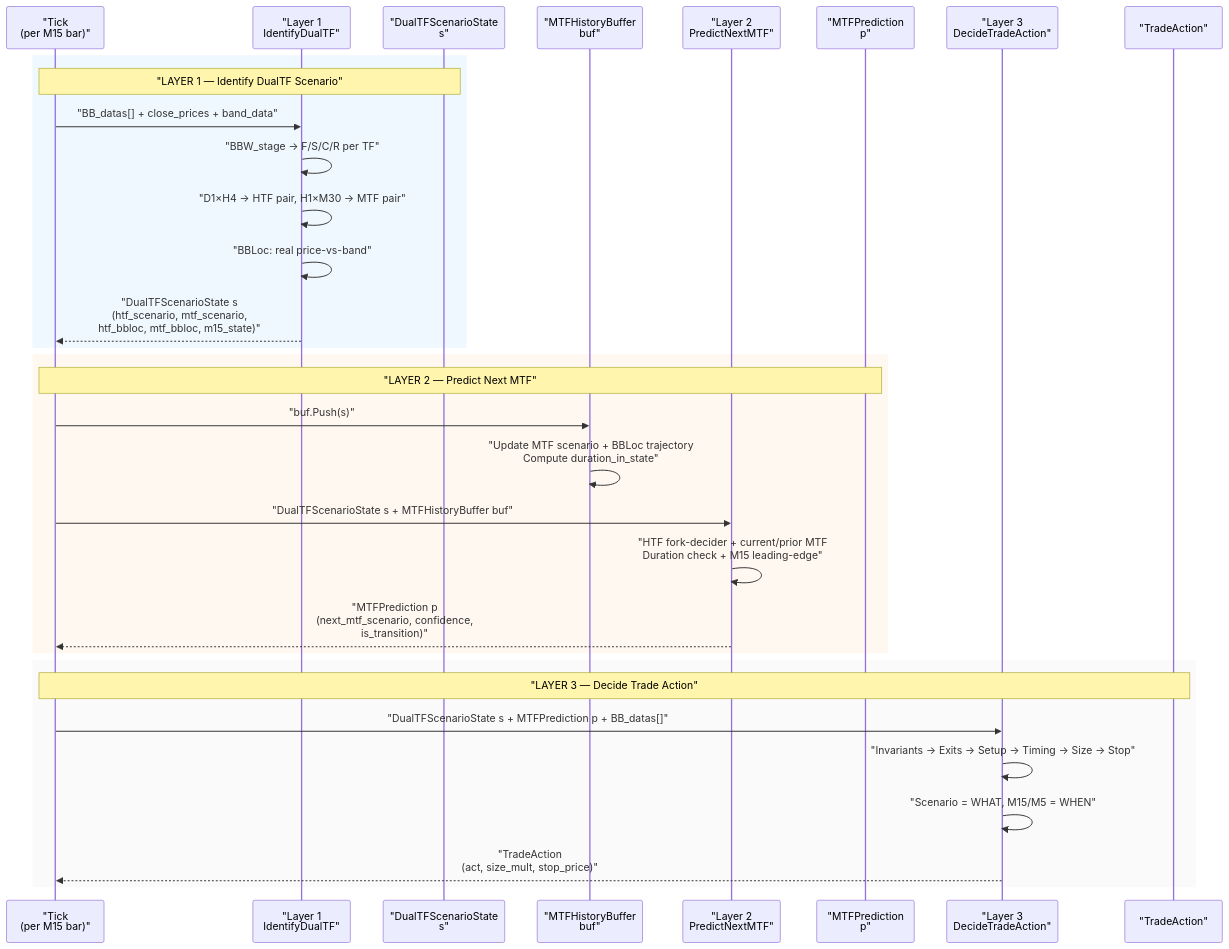
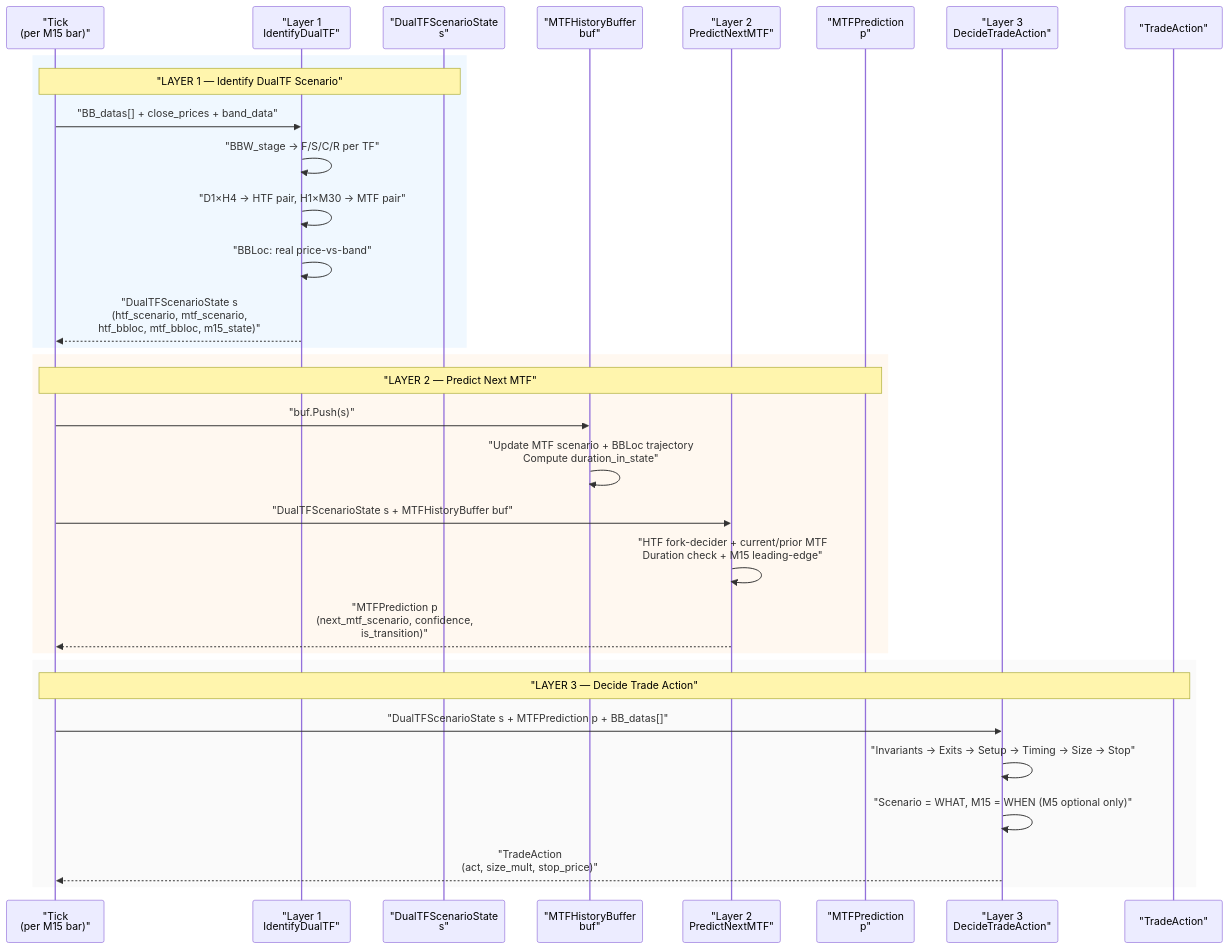
Diagram 12 of 13 in references/DUALTF_ARCHITECTURE.md (Terrypang89/BB_MTF_M15_STRATEGY), drawn with Mermaid before and after one commit. The commit also changed other lines of this file, not shown here.

First line of the commit message:
Apply 5 design refinements to DUALTF_ARCHITECTURE.md

````diff
--- a/references/DUALTF_ARCHITECTURE.md
+++ b/references/DUALTF_ARCHITECTURE.md
@@ -543,37 +610,37 @@
 ```mermaid
 sequenceDiagram
     participant Tick as "Tick<br/>(per M15 bar)"
     participant L1 as "Layer 1<br/>IdentifyDualTF"
     participant L1Out as "DualTFScenarioState<br/>s"
     participant Buf as "MTFHistoryBuffer<br/>buf"
     participant L2 as "Layer 2<br/>PredictNextMTF"
     participant L2Out as "MTFPrediction<br/>p"
     participant L3 as "Layer 3<br/>DecideTradeAction"
     participant L3Out as "TradeAction"
 
     rect rgb(240, 248, 255)
     Note over Tick,L1Out: "LAYER 1 — Identify DualTF Scenario"
     Tick->>L1: "BB_datas[] + close_prices + band_data"
     L1->>L1: "BBW_stage → F/S/C/R per TF"
     L1->>L1: "D1×H4 → HTF pair, H1×M30 → MTF pair"
     L1->>L1: "BBLoc: real price-vs-band"
     L1-->>Tick: "DualTFScenarioState s<br/>(htf_scenario, mtf_scenario,<br/>htf_bbloc, mtf_bbloc, m15_state)"
     end
 
     rect rgb(255, 248, 240)
     Note over Tick,L2Out: "LAYER 2 — Predict Next MTF"
     Tick->>Buf: "buf.Push(s)"
     Buf->>Buf: "Update MTF scenario + BBLoc trajectory<br/>Compute duration_in_state"
     Tick->>L2: "DualTFScenarioState s + MTFHistoryBuffer buf"
     L2->>L2: "HTF fork-decider + current/prior MTF<br/>Duration check + M15 leading-edge"
     L2-->>Tick: "MTFPrediction p<br/>(next_mtf_scenario, confidence,<br/>is_transition)"
     end
 
     rect rgb(250, 250, 250)
     Note over Tick,L3Out: "LAYER 3 — Decide Trade Action"
     Tick->>L3: "DualTFScenarioState s + MTFPrediction p + BB_datas[]"
     L3->>L3: "Invariants → Exits → Setup → Timing → Size → Stop"
-    L3->>L3: "Scenario = WHAT, M15/M5 = WHEN"
+    L3->>L3: "Scenario = WHAT, M15 = WHEN (M5 optional only)"
     L3-->>Tick: "TradeAction<br/>(act, size_mult, stop_price)"
     end
 ```
````
